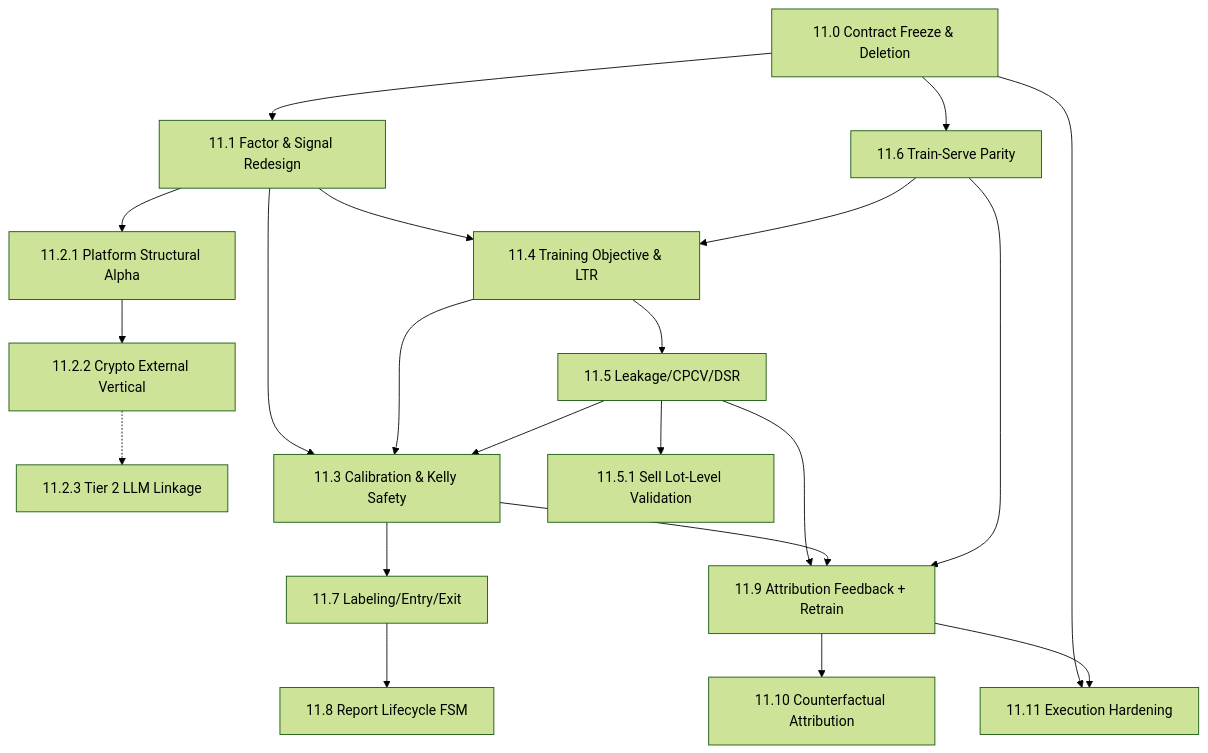
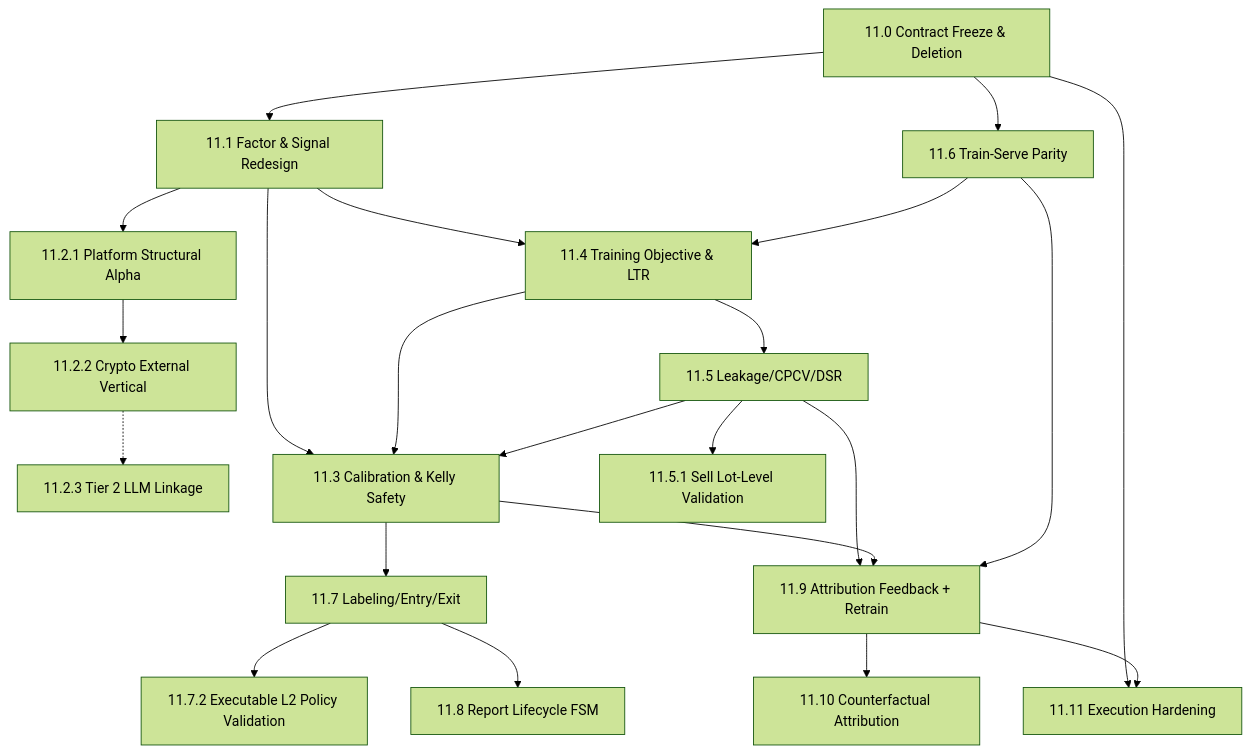
Before and after one commit to solomon-ssy/oxide-arb: the diagram in docs/plans/quant-pivot/phase-11/README.md, drawn with Mermaid (forest theme). The commit also changed other lines of this file and 160 other files, not shown here.

````diff
--- a/docs/plans/quant-pivot/phase-11/README.md
+++ b/docs/plans/quant-pivot/phase-11/README.md
@@ -101,39 +105,41 @@
 ```mermaid
 flowchart TD
     P110["11.0 Contract Freeze & Deletion"]
     P111["11.1 Factor & Signal Redesign"]
     P1121["11.2.1 Platform Structural Alpha"]
     P1122["11.2.2 Crypto External Vertical"]
     P1123["11.2.3 Tier 2 LLM Linkage"]
     P113["11.3 Calibration & Kelly Safety"]
     P114["11.4 Training Objective & LTR"]
     P115["11.5 Leakage/CPCV/DSR"]
     P1151["11.5.1 Sell Lot-Level Validation"]
     P116["11.6 Train-Serve Parity"]
     P117["11.7 Labeling/Entry/Exit"]
+    P1172["11.7.2 Executable L2 Policy Validation"]
     P118["11.8 Report Lifecycle FSM"]
     P119["11.9 Attribution Feedback + Retrain"]
     P1110["11.10 Counterfactual Attribution"]
     P1111["11.11 Execution Hardening"]
 
     P110 --> P111
     P110 --> P116
     P111 --> P1121
     P1121 --> P1122
     P1122 -.-> P1123
     P111 --> P114
     P116 --> P114
     P114 --> P115
     P111 --> P113
     P114 --> P113
     P115 --> P113
     P115 --> P1151
     P113 --> P117
+    P117 --> P1172
     P117 --> P118
     P115 --> P119
     P113 --> P119
     P116 --> P119
     P119 --> P1110
     P110 --> P1111
     P119 --> P1111
 ```
````
